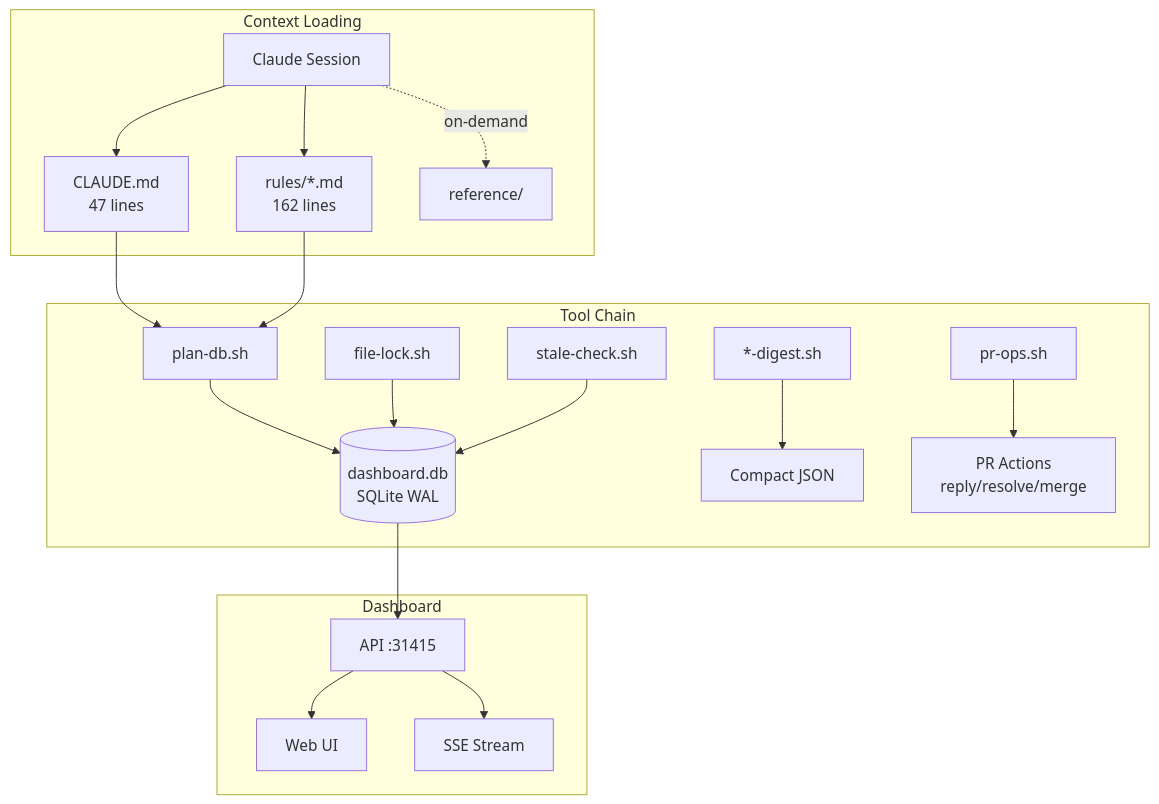
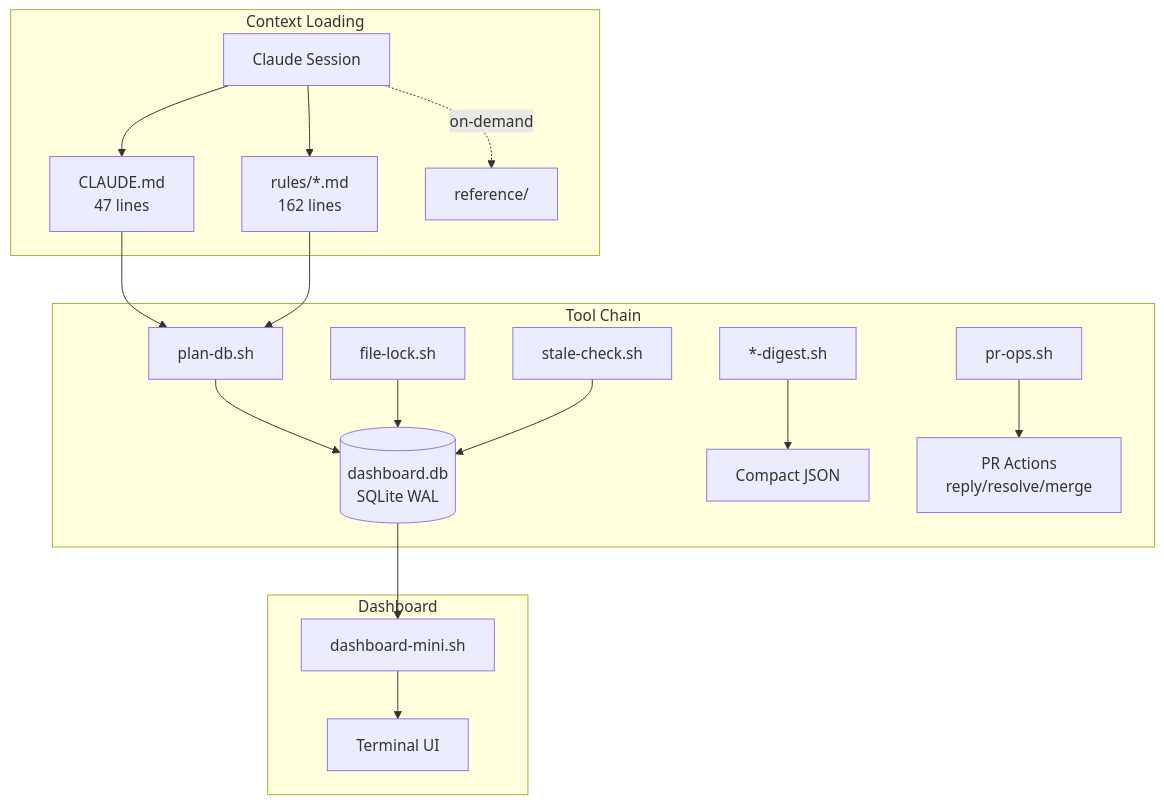
Before and after one commit to Roberdan/MyConvergio: the first of 6 diagrams in README.md, drawn with Mermaid. The commit also changed other lines of this file and 205 other files, not shown here.

First line of the commit message:
feat: remove web dashboard, migrate to terminal-only dashboard-mini

````diff
--- a/README.md
+++ b/README.md
@@ -15,22 +15,21 @@
 ```mermaid
 graph TB
     subgraph "Context Loading"
         A[Claude Session] --> B[CLAUDE.md<br/>47 lines]
         A --> C[rules/*.md<br/>162 lines]
         A -.->|on-demand| D[reference/]
     end
     subgraph "Tool Chain"
         E[plan-db.sh] --> F[(dashboard.db<br/>SQLite WAL)]
         G[*-digest.sh] --> H[Compact JSON]
         G2[pr-ops.sh] --> H2[PR Actions<br/>reply/resolve/merge]
         I[file-lock.sh] --> F
         J[stale-check.sh] --> F
     end
     subgraph "Dashboard"
-        F --> K[API :31415]
-        K --> L[Web UI]
-        K --> M[SSE Stream]
+        F --> K[dashboard-mini.sh]
+        K --> L[Terminal UI]
     end
     B --> E
     C --> E
 ```
````
